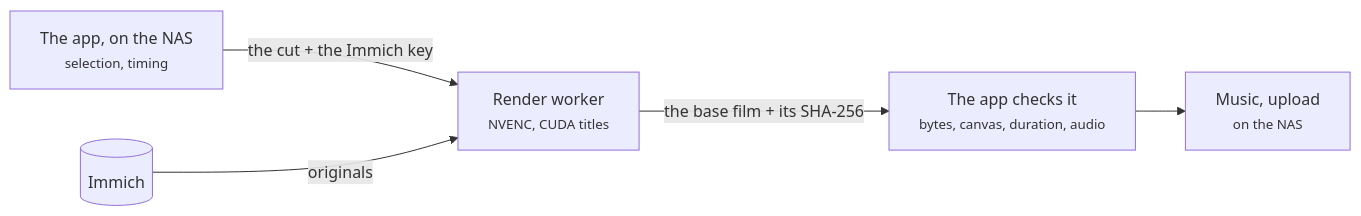
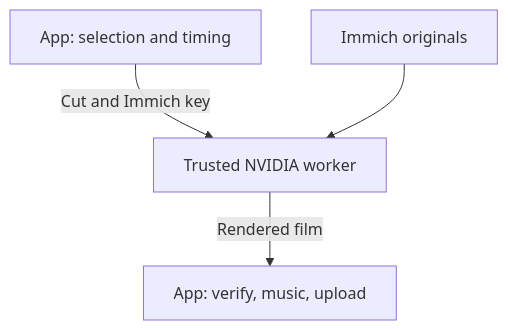
The diagram in docs-site/docs/better/gpu-render.md (sam-dumont/immich-memories), drawn with Mermaid before and after one commit. The commit also changed other lines of this file and 202 other files, not shown here.

````diff
--- a/docs-site/docs/better/gpu-render.md
+++ b/docs-site/docs/better/gpu-render.md
@@ -16,7 +16,6 @@
 ```mermaid
-flowchart LR
-    nas["The app, on the NAS<br/><small>selection, timing</small>"] -->|"the cut + the Immich key"| worker["Render worker<br/><small>NVENC, CUDA titles</small>"]
-    immich[("Immich")] -->|"originals"| worker
-    worker -->|"the base film + its SHA-256"| check["The app checks it<br/><small>bytes, canvas, duration, audio</small>"]
-    check --> music["Music, upload<br/><small>on the NAS</small>"]
+flowchart TD
+    app["App: selection and timing"] -->|"Cut and Immich key"| worker["Trusted NVIDIA worker"]
+    immich["Immich originals"] --> worker
+    worker -->|"Rendered film"| finish["App: verify, music, upload"]
 ```
````
